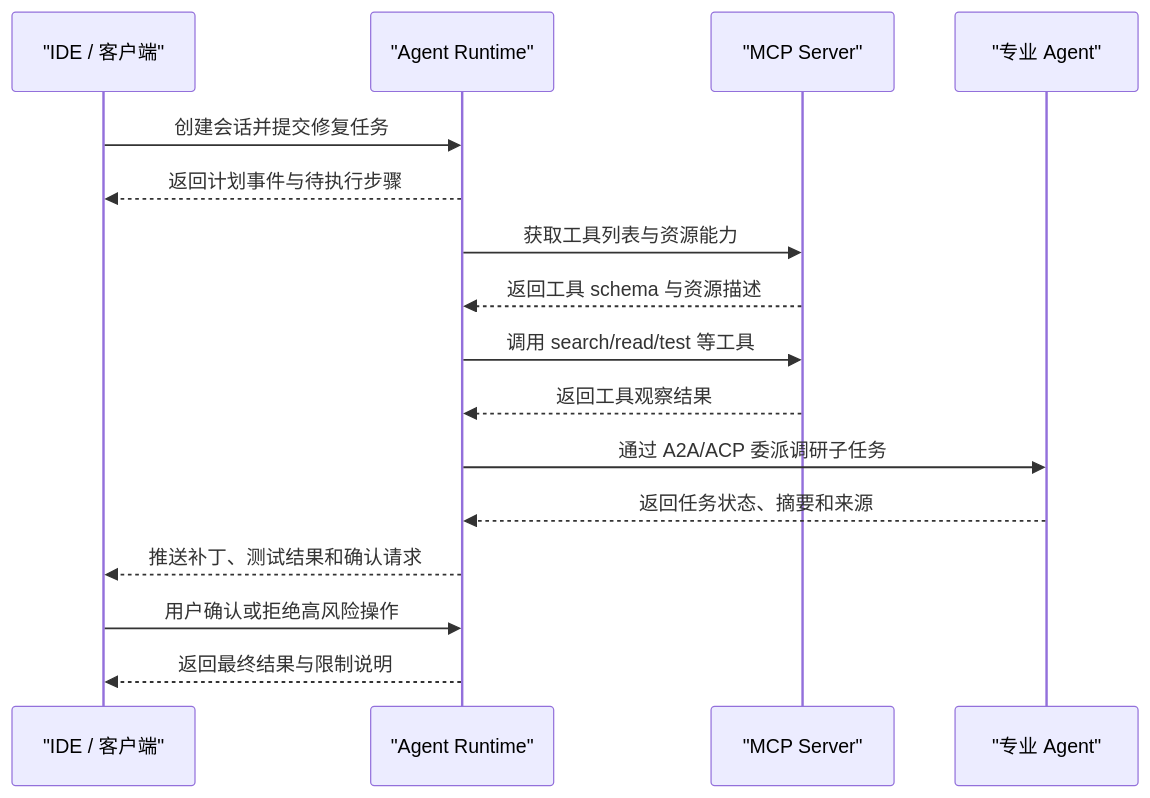
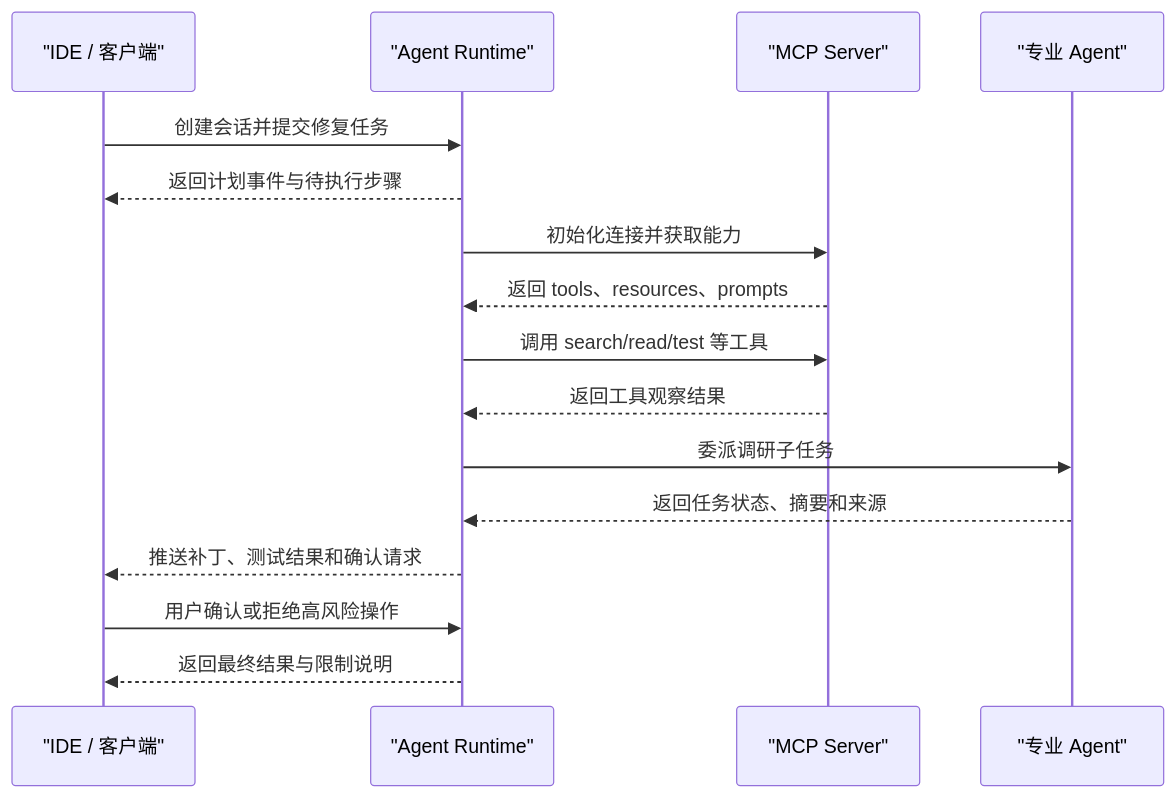
One commit to Doge2077/liyyro changed the first of 3 diagrams in docs/AI/Agent/Agent基础/Agent协议.md. Above: the diagram before and after it, drawn with Mermaid. The commit also changed other lines of this file and 3 other files, not shown here.

````diff
--- a/docs/AI/Agent/Agent基础/Agent协议.md
+++ b/docs/AI/Agent/Agent基础/Agent协议.md
@@ -61,18 +29,19 @@
 ```mermaid
 sequenceDiagram
   participant UI as "IDE / 客户端"
   participant Host as "Agent Runtime"
   participant MCP as "MCP Server"
   participant Peer as "专业 Agent"
+
   UI->>Host: 创建会话并提交修复任务
   Host-->>UI: 返回计划事件与待执行步骤
-  Host->>MCP: 获取工具列表与资源能力
-  MCP-->>Host: 返回工具 schema 与资源描述
+  Host->>MCP: 初始化连接并获取能力
+  MCP-->>Host: 返回 tools、resources、prompts
   Host->>MCP: 调用 search/read/test 等工具
   MCP-->>Host: 返回工具观察结果
-  Host->>Peer: 通过 A2A/ACP 委派调研子任务
+  Host->>Peer: 委派调研子任务
   Peer-->>Host: 返回任务状态、摘要和来源
   Host-->>UI: 推送补丁、测试结果和确认请求
   UI->>Host: 用户确认或拒绝高风险操作
   Host-->>UI: 返回最终结果与限制说明
 ```
````
